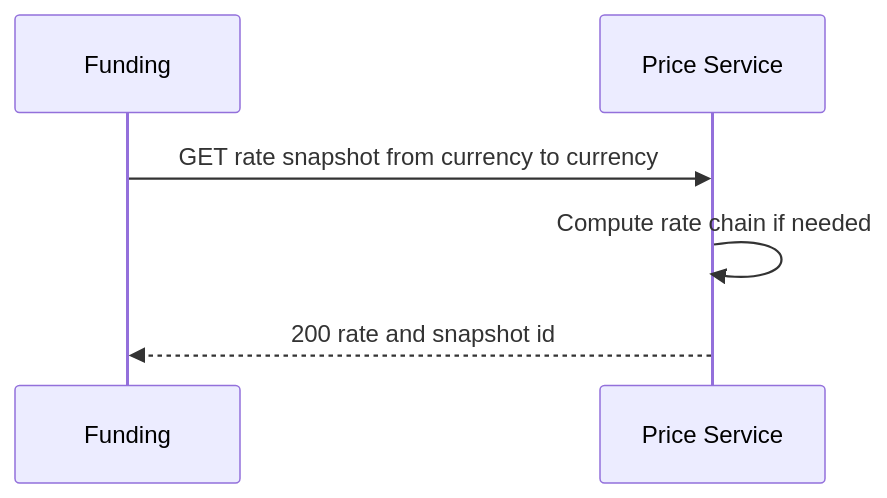
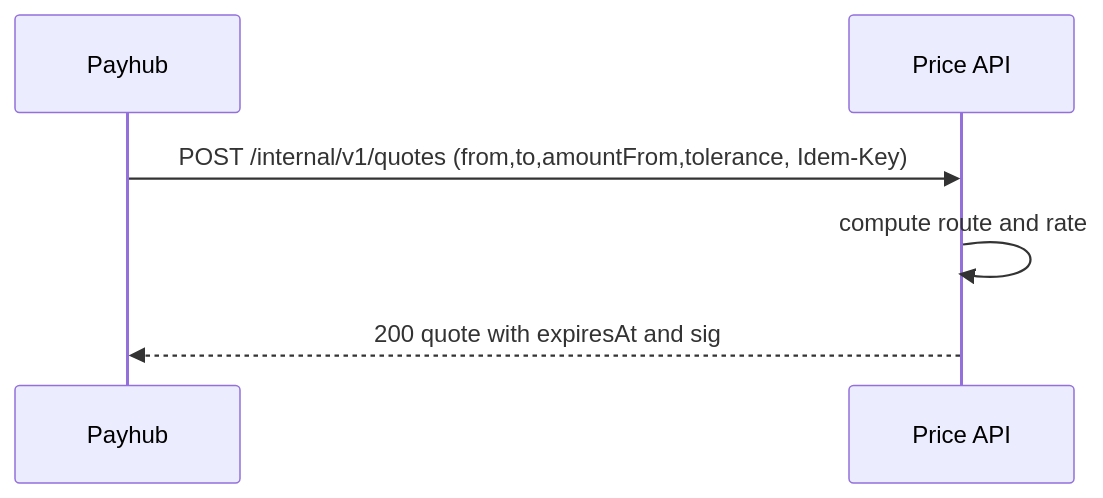
The fourth of 4 diagrams in miniapp-price-service.md (fuzeac/fuze-telegram-mini-app), drawn with Mermaid before and after one commit. The commit also changed other lines of this file, not shown here.

````diff
--- a/miniapp-price-service.md
+++ b/miniapp-price-service.md
@@ -125,8 +127,8 @@
 ```mermaid
 sequenceDiagram
-participant FD as Funding
-participant PR as Price Service
-FD->>PR: GET rate snapshot from currency to currency
-PR->>PR: Compute rate chain if needed
-PR-->>FD: 200 rate and snapshot id
+  participant PAY as Payhub
+  participant API as Price API
+  PAY->>API: POST /internal/v1/quotes (from,to,amountFrom,tolerance, Idem-Key)
+  API->>API: compute route and rate
+  API-->>PAY: 200 quote with expiresAt and sig
 ```
````
